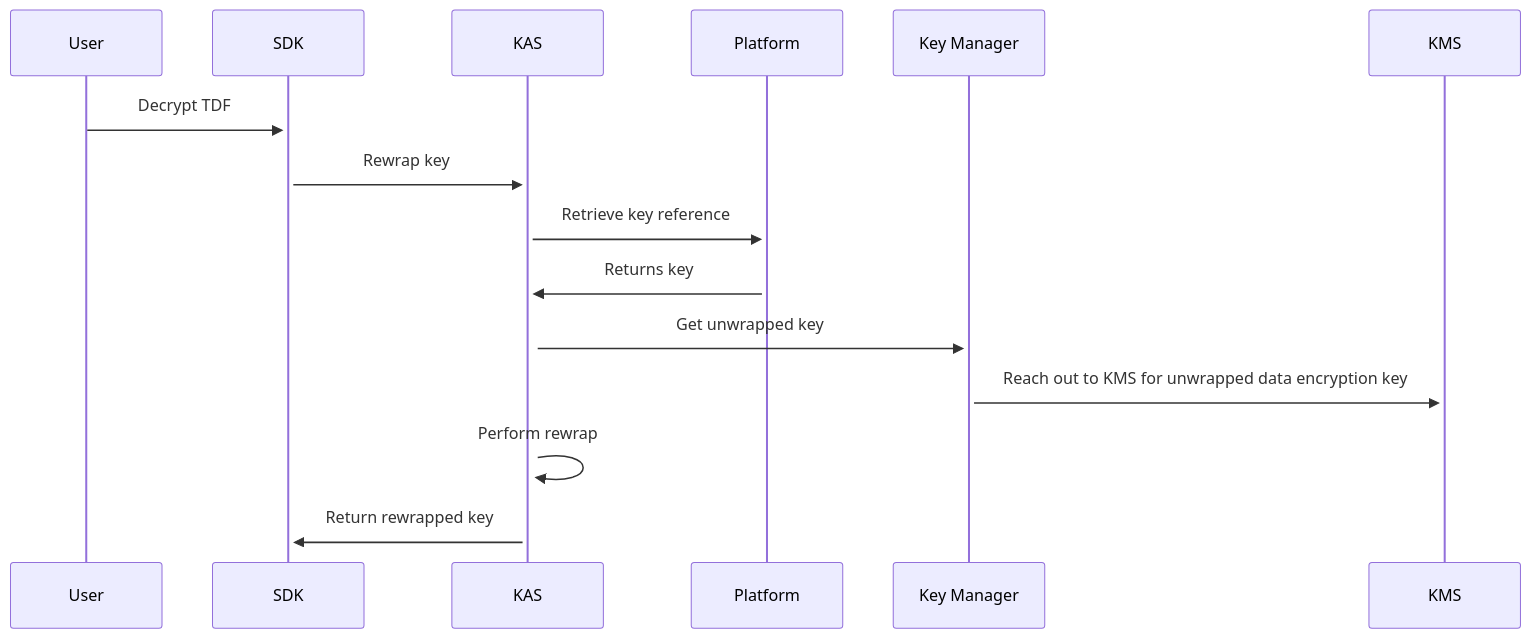
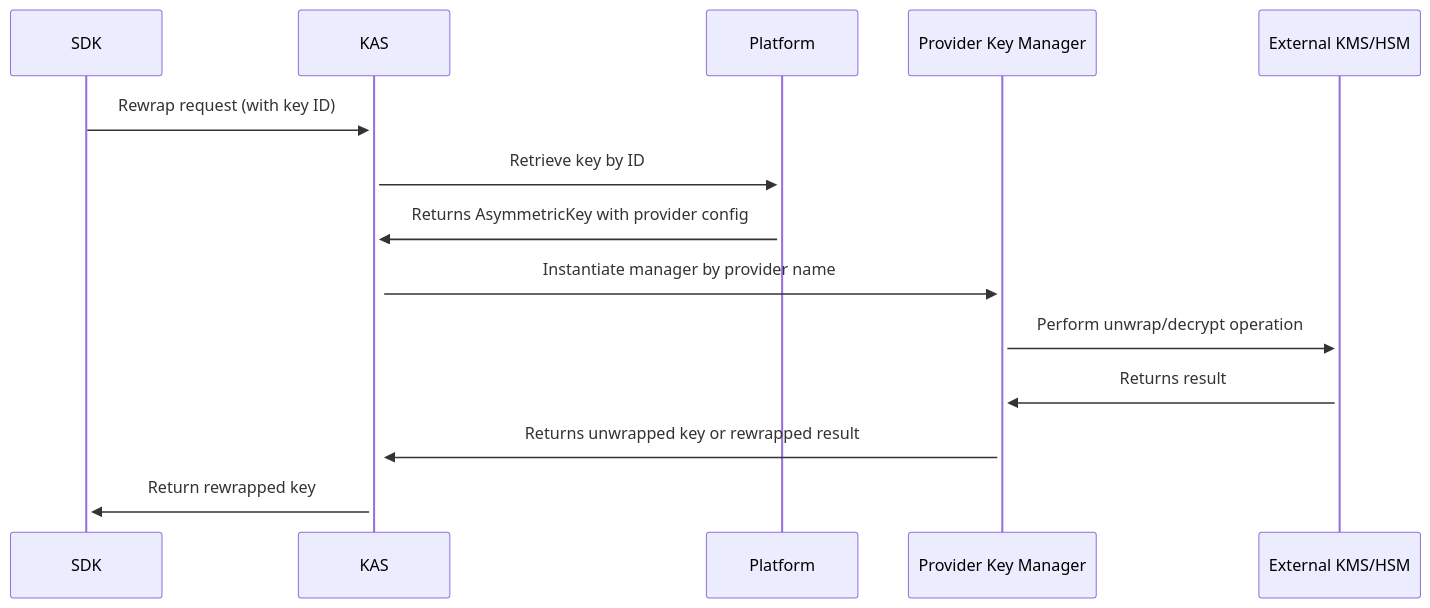
The second of 3 diagrams in docs/components/policy/keymanagement/index.md (opentdf/docs), drawn with Mermaid before and after one commit. The commit also changed other lines of this file and 8 other files, not shown here.

````diff
--- a/docs/components/policy/keymanagement/index.md
+++ b/docs/components/policy/keymanagement/index.md
@@ -34,11 +62,17 @@
 ```mermaid
 sequenceDiagram
-    User->>+SDK: Decrypt TDF
-    SDK->>+KAS: Rewrap key
-    KAS->>+Platform: Retrieve key reference
-    Platform->>+KAS: Returns key
-    KAS->>+Key Manager: Get unwrapped key
-    Key Manager->>+KMS: Reach out to KMS for unwrapped data encryption key
-    KAS->>+KAS: Perform rewrap
+    participant SDK
+    participant KAS
+    participant Platform
+    participant KeyManager as Provider Key Manager
+    participant KMS as External KMS/HSM
+    
+    SDK->>+KAS: Rewrap request (with key ID)
+    KAS->>+Platform: Retrieve key by ID
+    Platform->>+KAS: Returns AsymmetricKey with provider config
+    KAS->>+KeyManager: Instantiate manager by provider name
+    KeyManager->>+KMS: Perform unwrap/decrypt operation
+    KMS->>+KeyManager: Returns result
+    KeyManager->>+KAS: Returns unwrapped key or rewrapped result
     KAS->>+SDK: Return rewrapped key
 ```
````
